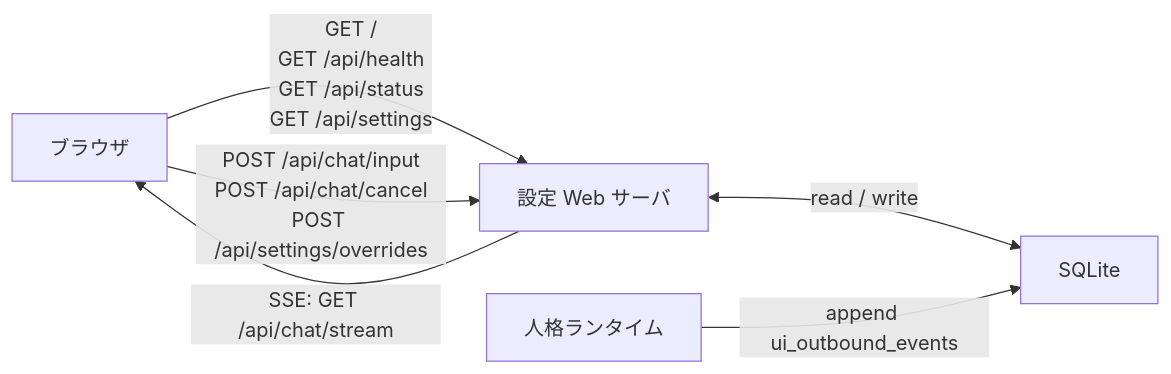
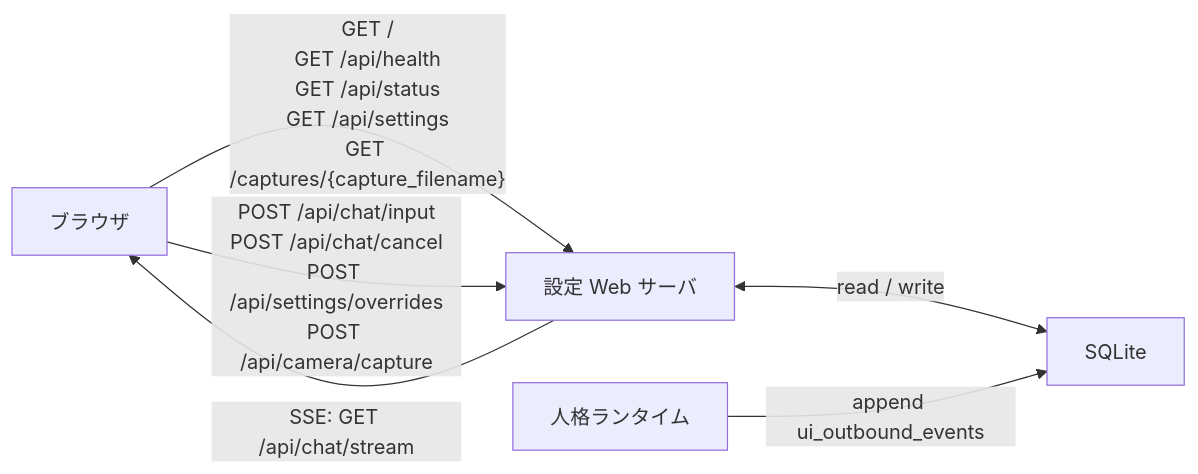
One commit to hirona98/OtomeKairo changed the diagram in docs/35_WebAPI仕様.md. Above: the diagram before and after it, drawn with Mermaid. The commit also changed other lines of this file and 11 other files, not shown here.

````diff
--- a/docs/35_WebAPI仕様.md
+++ b/docs/35_WebAPI仕様.md
@@ -87,8 +89,8 @@
 ```mermaid
 flowchart LR
-    browser["ブラウザ"] -->|"GET /\nGET /api/health\nGET /api/status\nGET /api/settings"| web["設定 Web サーバ"]
-    browser -->|"POST /api/chat/input\nPOST /api/chat/cancel\nPOST /api/settings/overrides"| web
+    browser["ブラウザ"] -->|"GET /\nGET /api/health\nGET /api/status\nGET /api/settings\nGET /captures/{capture_filename}"| web["設定 Web サーバ"]
+    browser -->|"POST /api/chat/input\nPOST /api/chat/cancel\nPOST /api/settings/overrides\nPOST /api/camera/capture"| web
     web <-->|read / write| db["SQLite"]
     runtime["人格ランタイム"] -->|"append ui_outbound_events"| db
     web -->|"SSE: GET /api/chat/stream"| browser
 ```
````
